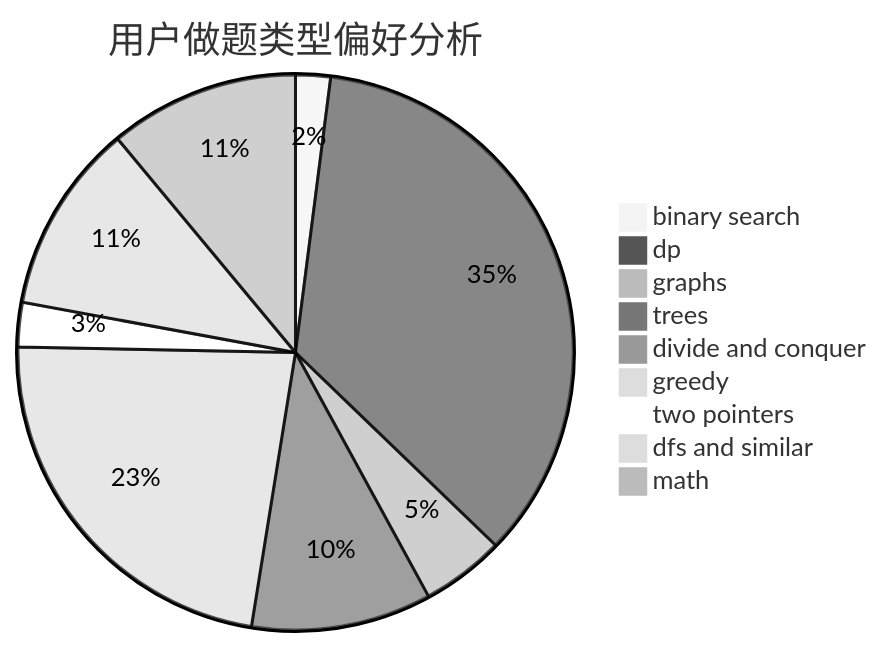
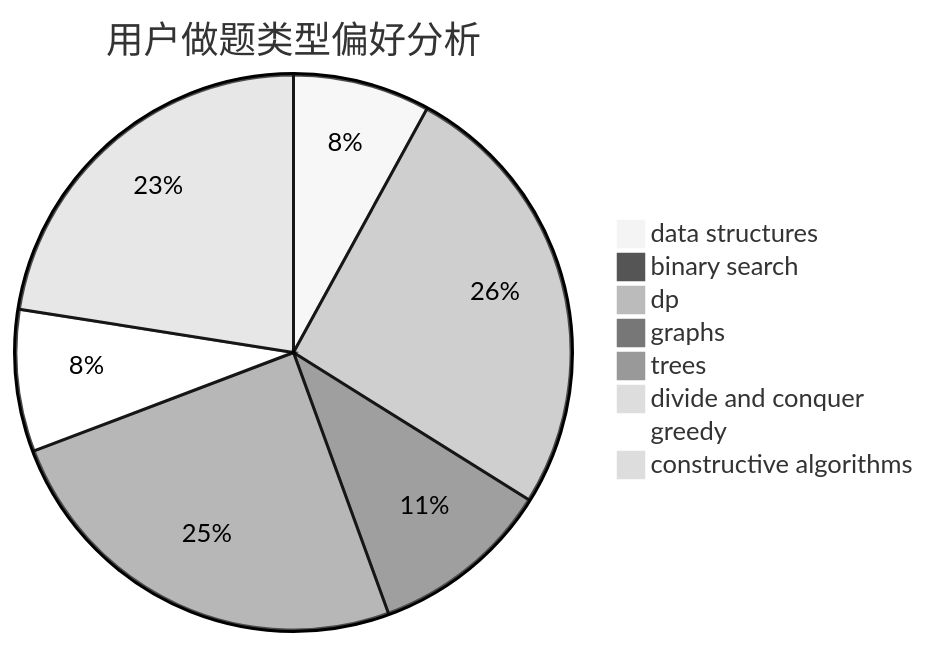
One commit to sherpahu/cfrs.github.io changed the second of 3 diagrams in docs/user/u1403.md. Above: the diagram before and after it, drawn with Mermaid (neutral theme). The commit also changed other lines of this file and 2775 other files, not shown here.

````diff
--- a/docs/user/u1403.md
+++ b/docs/user/u1403.md
@@ -23,12 +23,11 @@
 ```mermaid
 pie title 用户做题类型偏好分析
-    "binary search" :  18
-    "dp" :  312
-    "graphs" :  43
-    "trees" :  93
+    "data structures" :  28
+    "binary search" :  0
+    "dp" :  91
+    "graphs" :  37
+    "trees" :  87
     "divide and conquer" :  0
-    "greedy" :  202
-    "two pointers" :  23
-    "dfs and similar" :  98
-    "math" :  98
+    "greedy" :  29
+    "constructive algorithms" :  79
 ```
````
